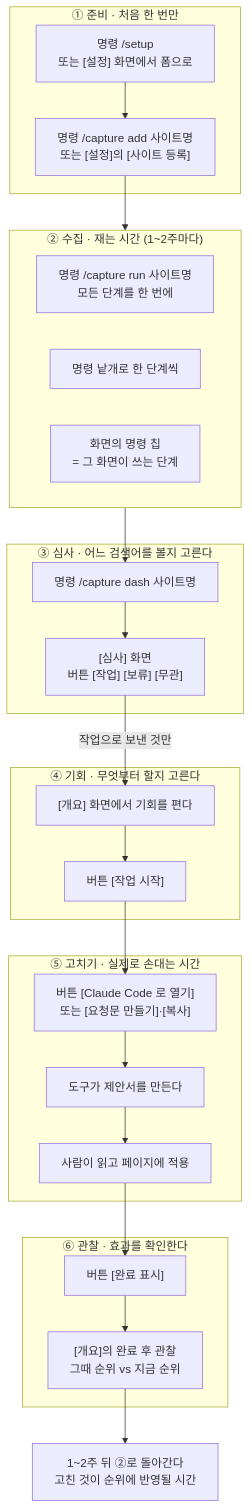
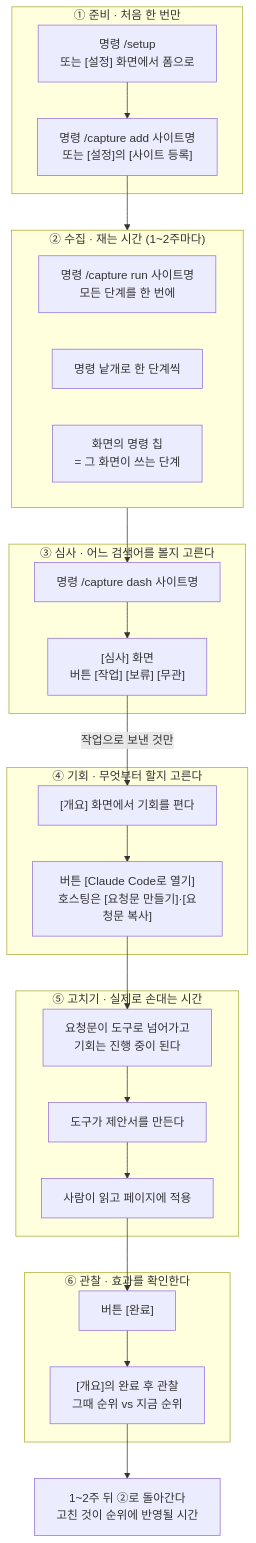
One commit to seanjr2847/seo-miner changed the first of 5 diagrams in README.md. Above: the diagram before and after it, drawn with Mermaid. The commit also changed other lines of this file and 21 other files, not shown here.

````diff
--- a/README.md
+++ b/README.md
@@ -57,47 +57,47 @@
 ```mermaid
 flowchart TD
   subgraph Z1 ["① 준비 · 처음 한 번만"]
     A1["명령 /setup<br/>또는 [설정] 화면에서 폼으로"]
     A2["명령 /capture add 사이트명<br/>또는 [설정]의 [사이트 등록]"]
     A1 --> A2
   end
 
   subgraph Z2 ["② 수집 · 재는 시간 (1~2주마다)"]
     B1["명령 /capture run 사이트명<br/>모든 단계를 한 번에"]
     B2["명령 낱개로 한 단계씩"]
     B3["화면의 명령 칩<br/>= 그 화면이 쓰는 단계"]
   end
 
   subgraph Z3 ["③ 심사 · 어느 검색어를 볼지 고른다"]
     C1["명령 /capture dash 사이트명"]
     C2["[심사] 화면<br/>버튼 [작업] [보류] [무관]"]
     C1 --> C2
   end
 
   subgraph Z4 ["④ 기회 · 무엇부터 할지 고른다"]
     D1["[개요] 화면에서 기회를 편다"]
-    D2["버튼 [작업 시작]"]
+    D2["버튼 [Claude Code로 열기]<br/>호스팅은 [요청문 만들기]·[요청문 복사]"]
     D1 --> D2
   end
 
   subgraph Z5 ["⑤ 고치기 · 실제로 손대는 시간"]
-    E1["버튼 [Claude Code 로 열기]<br/>또는 [요청문 만들기]·[복사]"]
+    E1["요청문이 도구로 넘어가고<br/>기회는 진행 중이 된다"]
     E2["도구가 제안서를 만든다"]
     E3["사람이 읽고 페이지에 적용"]
     E1 --> E2 --> E3
   end
 
   subgraph Z6 ["⑥ 관찰 · 효과를 확인한다"]
-    F1["버튼 [완료 표시]"]
+    F1["버튼 [완료]"]
     F2["[개요]의 완료 후 관찰<br/>그때 순위 vs 지금 순위"]
     F1 --> F2
   end
 
   A2 --> Z2
   Z2 --> C1
   C2 -->|작업으로 보낸 것만| D1
   D2 --> E1
   E3 --> F1
   F2 --> LOOP
   LOOP["1~2주 뒤 ②로 돌아간다<br/>고친 것이 순위에 반영될 시간"]
 ```
````
